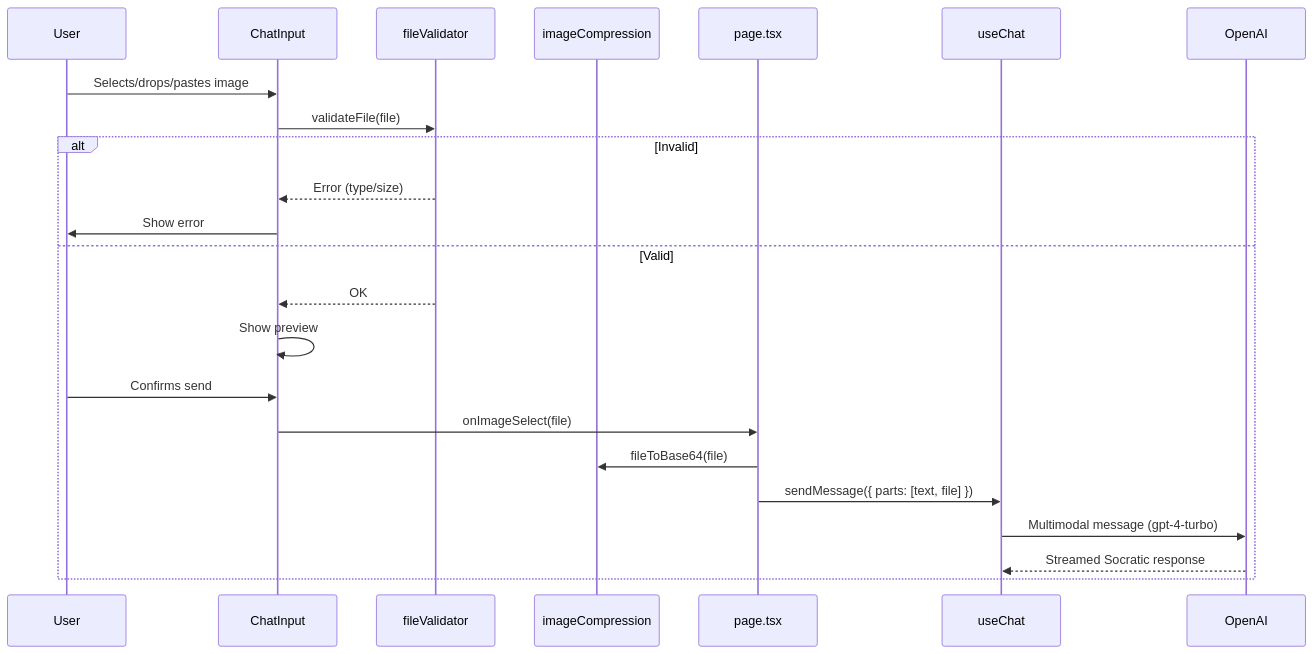
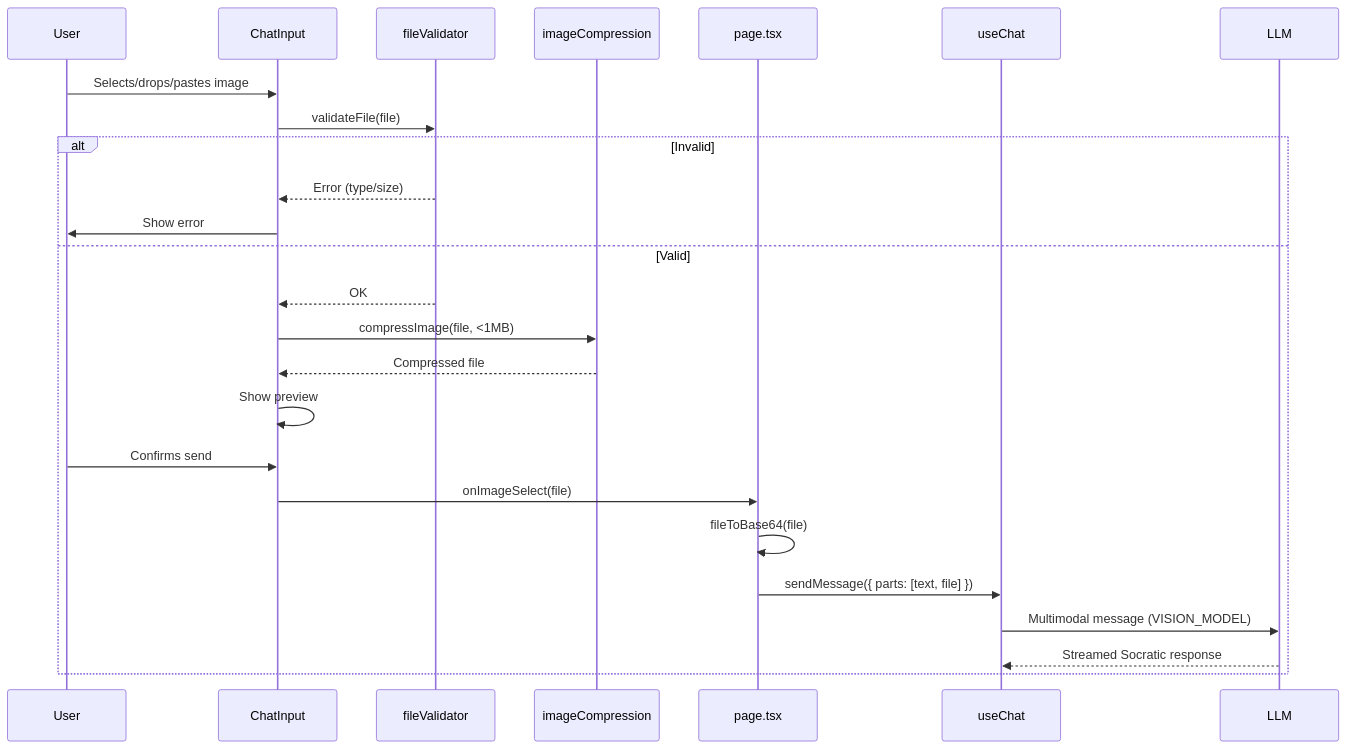
The fifth of 18 diagrams in architecture.md (Rhoahndur/Gandalf), drawn with Mermaid before and after one commit. The commit also changed other lines of this file and 1 other file, not shown here.

````diff
--- a/architecture.md
+++ b/architecture.md
@@ -189,27 +261,29 @@
 ```mermaid
 sequenceDiagram
     participant User
     participant ChatInput
     participant fileValidator
     participant imageCompression
     participant page.tsx
     participant useChat
-    participant OpenAI
+    participant LLM
 
     User->>ChatInput: Selects/drops/pastes image
     ChatInput->>fileValidator: validateFile(file)
 
     alt Invalid
         fileValidator-->>ChatInput: Error (type/size)
         ChatInput->>User: Show error
     else Valid
         fileValidator-->>ChatInput: OK
+        ChatInput->>imageCompression: compressImage(file, <1MB)
+        imageCompression-->>ChatInput: Compressed file
         ChatInput->>ChatInput: Show preview
         User->>ChatInput: Confirms send
         ChatInput->>page.tsx: onImageSelect(file)
-        page.tsx->>imageCompression: fileToBase64(file)
+        page.tsx->>page.tsx: fileToBase64(file)
         page.tsx->>useChat: sendMessage({ parts: [text, file] })
-        useChat->>OpenAI: Multimodal message (gpt-4-turbo)
-        OpenAI-->>useChat: Streamed Socratic response
+        useChat->>LLM: Multimodal message (VISION_MODEL)
+        LLM-->>useChat: Streamed Socratic response
     end
 ```
````
